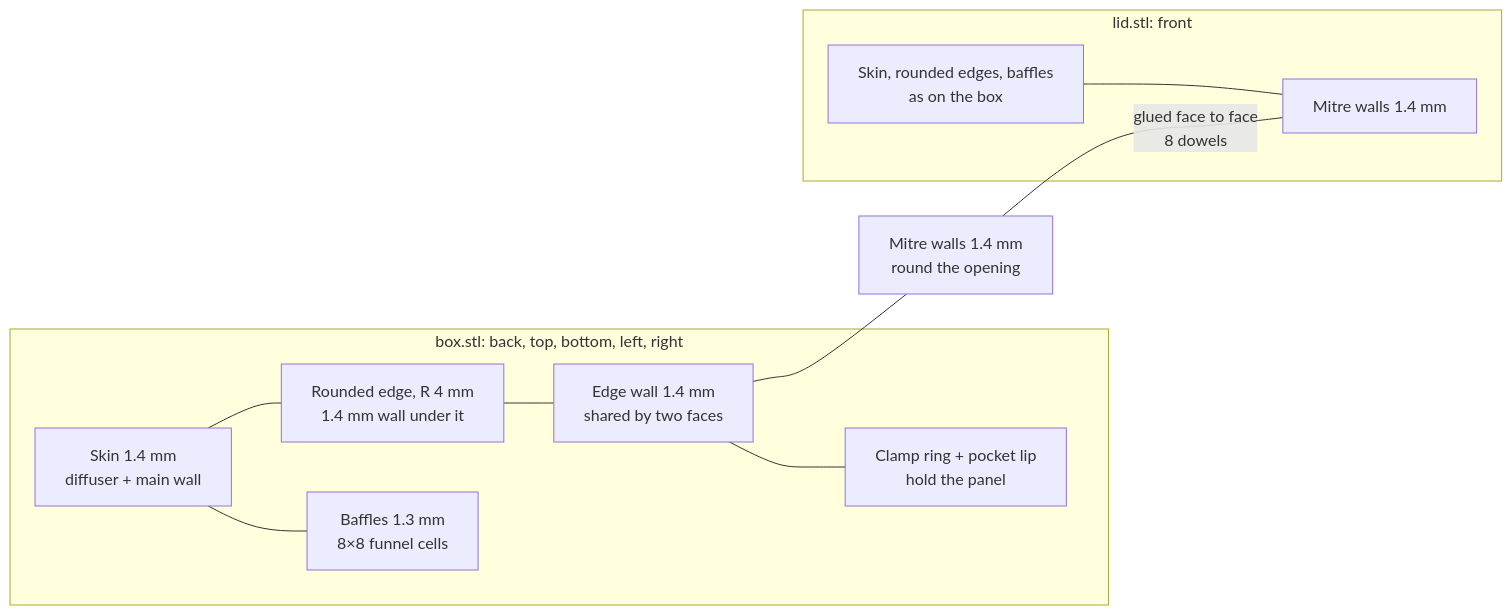
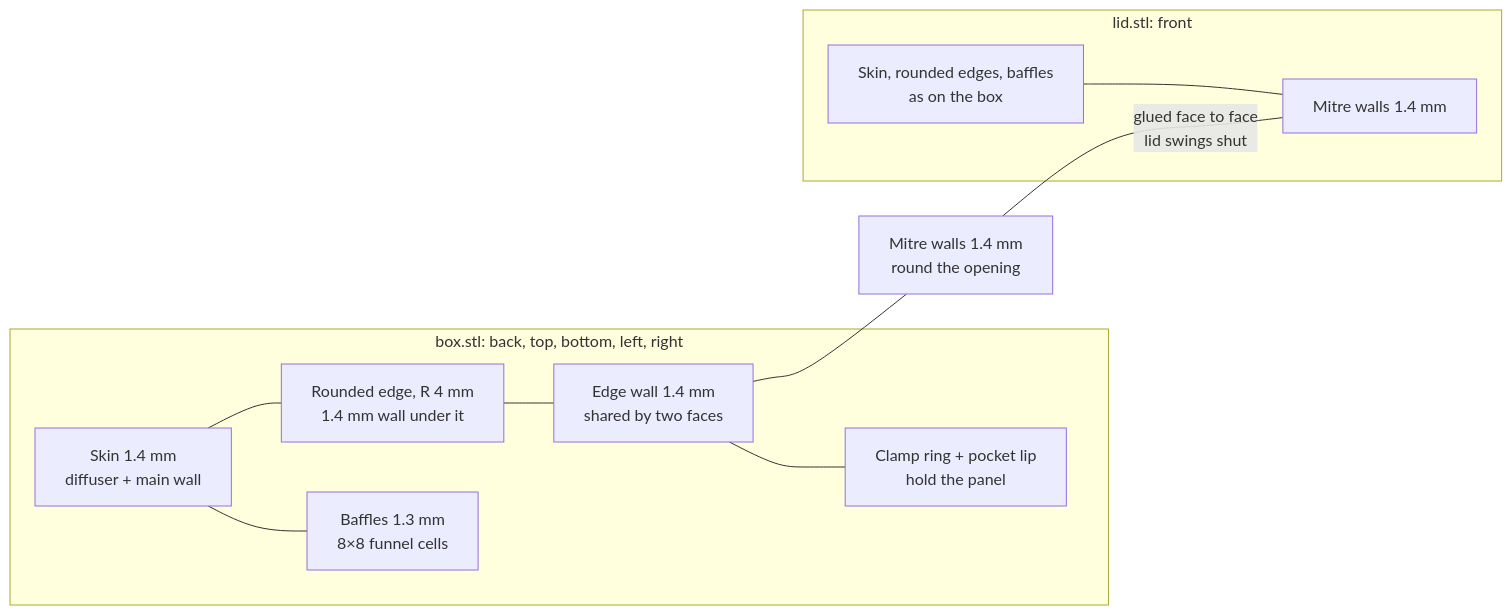
One commit to psytraxx/gravity-cube-espidf changed the diagram in case/voxel-skin/README.md. Above: the diagram before and after it, drawn with Mermaid. The commit also changed other lines of this file and 3 other files, not shown here.

First line of the commit message:
Correct the Voxel Skin assembly: swing the lid shut, no dowels

````diff
--- a/case/voxel-skin/README.md
+++ b/case/voxel-skin/README.md
@@ -19,14 +19,14 @@
 ```mermaid
 flowchart LR
     subgraph box["box.stl: back, top, bottom, left, right"]
         skin["Skin 1.4 mm<br/>diffuser + main wall"] --- bevel["Rounded edge, R 4 mm<br/>1.4 mm wall under it"]
         bevel --- edge["Edge wall 1.4 mm<br/>shared by two faces"]
         skin --- baffles["Baffles 1.3 mm<br/>8×8 funnel cells"]
         edge --- ring["Clamp ring + pocket lip<br/>hold the panel"]
     end
     subgraph lid["lid.stl: front"]
         lskin["Skin, rounded edges, baffles<br/>as on the box"] --- lmitre["Mitre walls 1.4 mm"]
     end
     edge --- bmitre["Mitre walls 1.4 mm<br/>round the opening"]
-    bmitre ---|"glued face to face<br/>8 dowels"| lmitre
+    bmitre ---|"glued face to face<br/>lid swings shut"| lmitre
 ```
````
